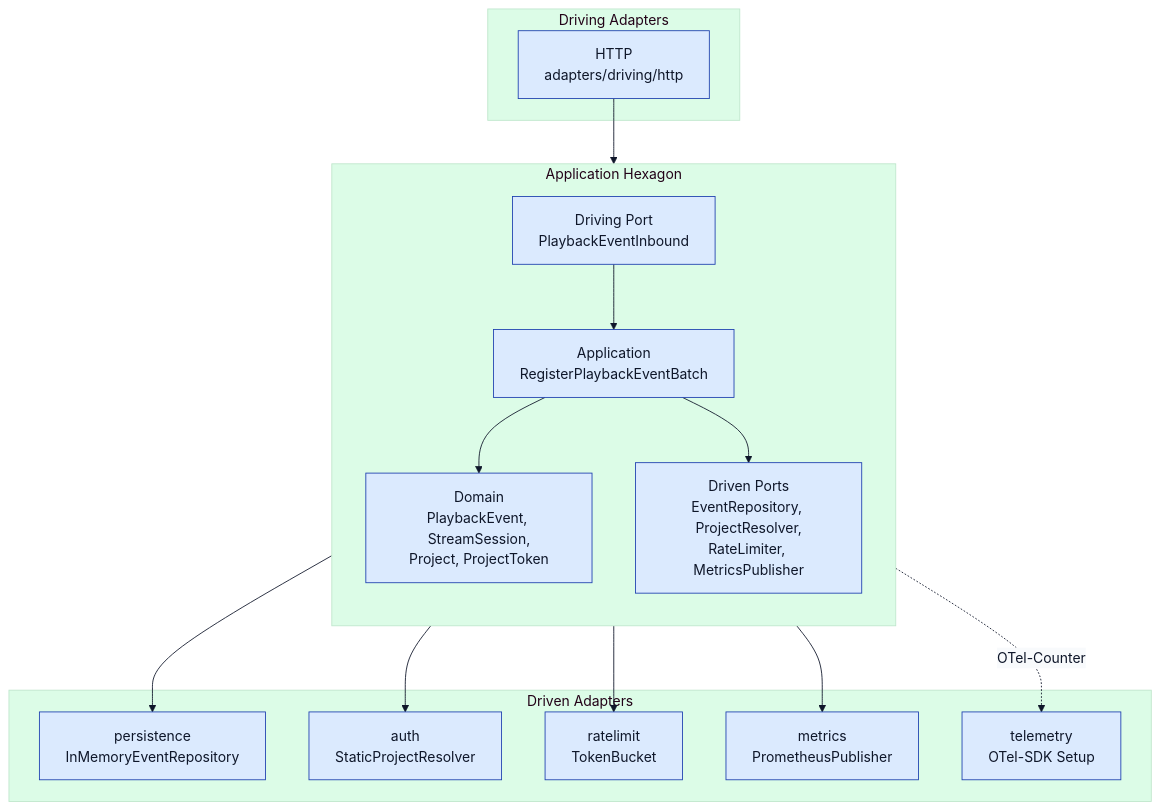
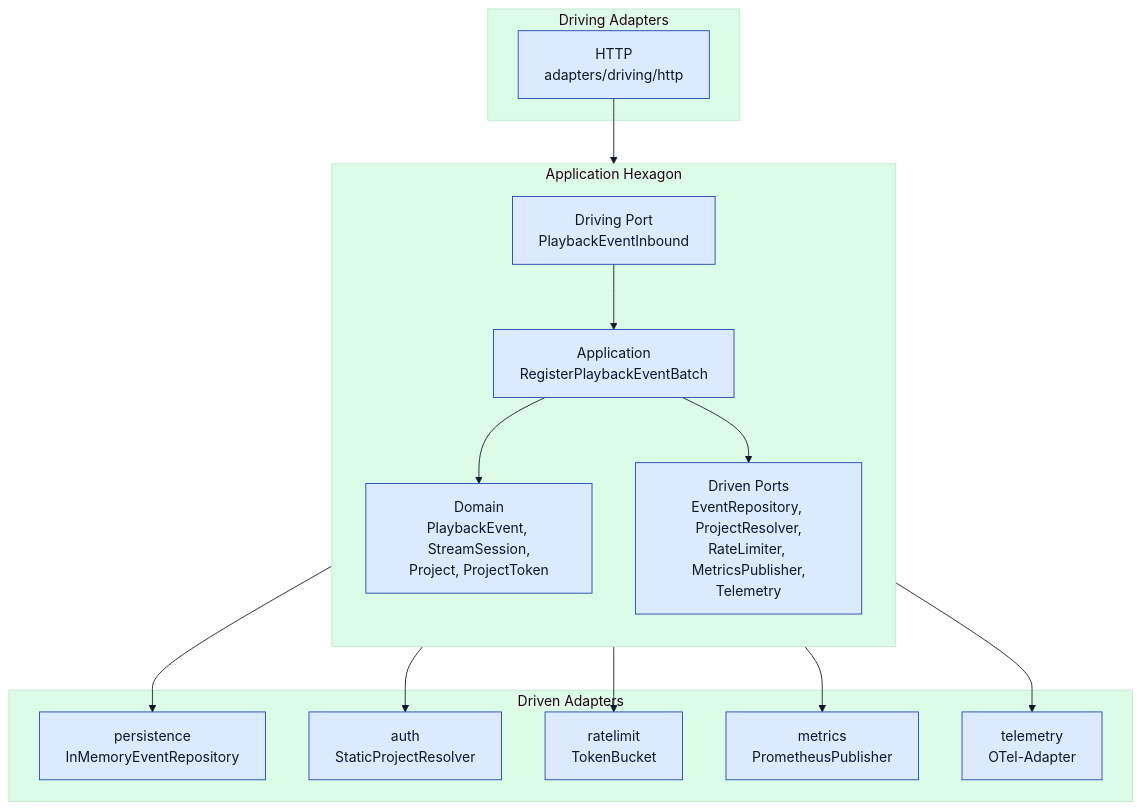
Before and after one commit to pt9912/m-trace: the second of 6 diagrams in docs/architecture.md, drawn with Mermaid. The commit also changed other lines of this file and 1 other file, not shown here.

First line of the commit message:
docs: Findings-Korrektur — Telemetry-Port (A2+A1), silent OTel-Default, Events-Counter

````diff
--- a/docs/architecture.md
+++ b/docs/architecture.md
@@ -104,34 +104,34 @@
 ```mermaid
 %%{init: {'theme':'base','themeVariables':{'background':'#f8fafc','primaryColor':'#dbeafe','primaryTextColor':'#0f172a','primaryBorderColor':'#1e40af','lineColor':'#0f172a','secondaryColor':'#fef3c7','tertiaryColor':'#dcfce7','noteBkgColor':'#fef3c7','noteTextColor':'#0f172a','noteBorderColor':'#a16207','actorBkg':'#dbeafe','actorBorder':'#1e40af','actorTextColor':'#0f172a','actorLineColor':'#475569','signalColor':'#0f172a','signalTextColor':'#0f172a','sequenceNumberColor':'#ffffff','labelTextColor':'#0f172a','loopTextColor':'#0f172a','edgeLabelBackground':'#f8fafc'}}}%%
 flowchart TB
     subgraph driving["Driving Adapters"]
         HTTP["HTTP<br/>adapters/driving/http"]
     end
 
     subgraph hexagon["Application Hexagon"]
         direction TB
         InPort["Driving Port<br/>PlaybackEventInbound"]
         UseCase["Application<br/>RegisterPlaybackEventBatch"]
         Domain["Domain<br/>PlaybackEvent, StreamSession,<br/>Project, ProjectToken"]
-        OutPorts["Driven Ports<br/>EventRepository, ProjectResolver,<br/>RateLimiter, MetricsPublisher"]
+        OutPorts["Driven Ports<br/>EventRepository, ProjectResolver,<br/>RateLimiter, MetricsPublisher,<br/>Telemetry"]
 
         InPort --> UseCase
         UseCase --> Domain
         UseCase --> OutPorts
     end
 
     subgraph driven["Driven Adapters"]
         Persist["persistence<br/>InMemoryEventRepository"]
         Auth["auth<br/>StaticProjectResolver"]
         Rate["ratelimit<br/>TokenBucket"]
         Metrics["metrics<br/>PrometheusPublisher"]
-        Telemetry["telemetry<br/>OTel-SDK Setup"]
+        Telemetry["telemetry<br/>OTel-Adapter"]
     end
 
     HTTP --> InPort
     OutPorts --> Persist
     OutPorts --> Auth
     OutPorts --> Rate
     OutPorts --> Metrics
-    UseCase -.OTel-Counter.-> Telemetry
+    OutPorts --> Telemetry
 ```
````
